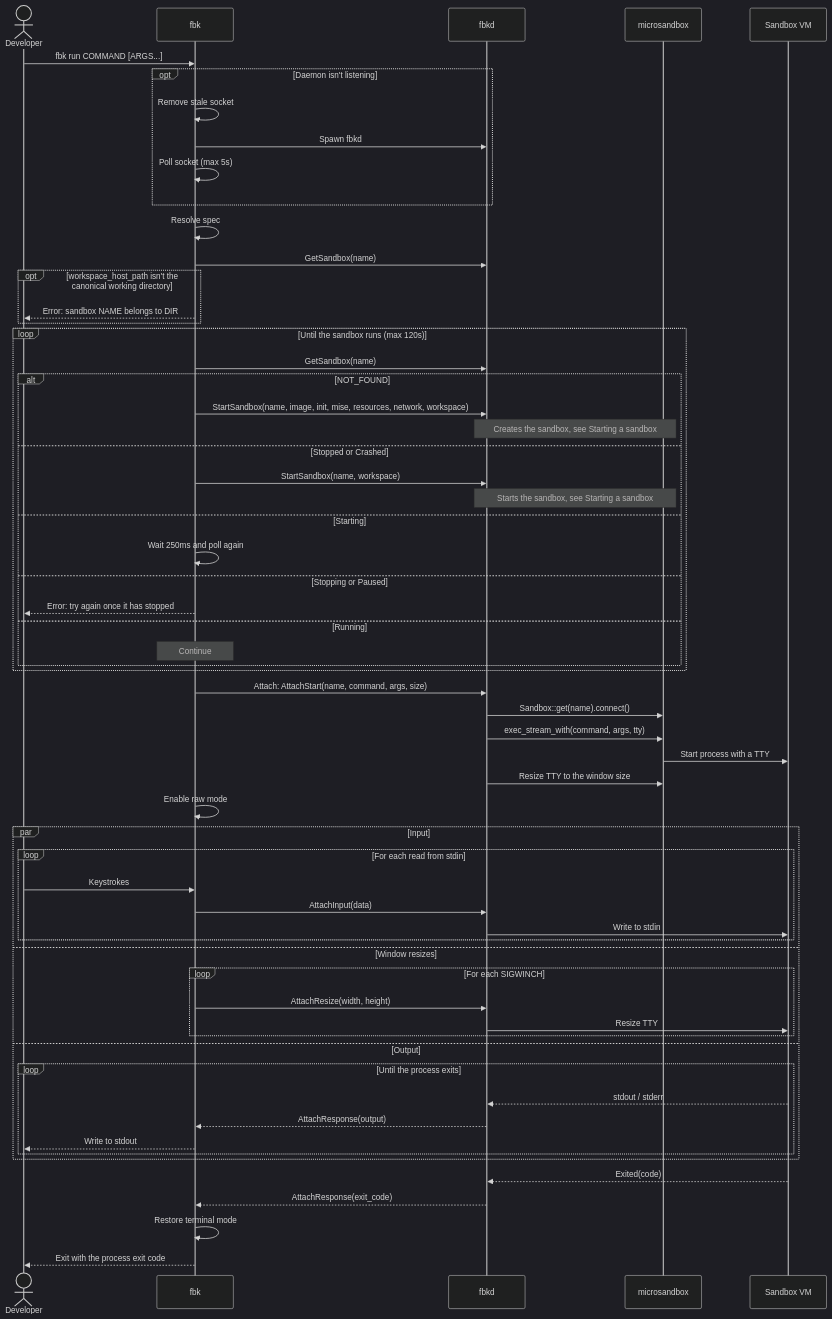
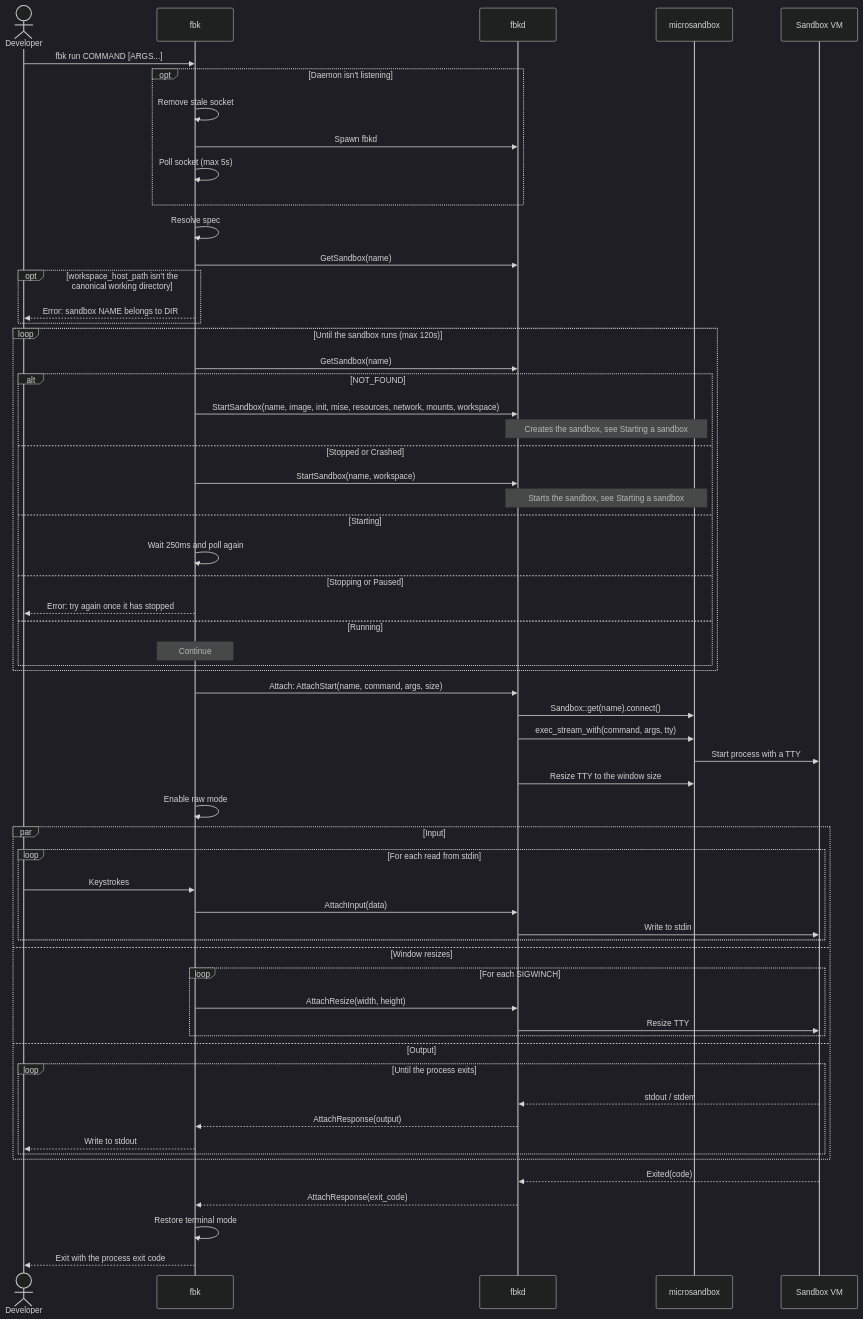
Before and after one commit to wmeints/anvil: the first of 6 diagrams in docs/architecture/06-runtime-view.md, drawn with Mermaid (dark theme). The commit also changed other lines of this file and 8 other files, not shown here.

````diff
--- a/docs/architecture/06-runtime-view.md
+++ b/docs/architecture/06-runtime-view.md
@@ -45,68 +45,68 @@
 ```mermaid
 sequenceDiagram
     actor Dev as Developer
     participant CLI as fbk
     participant D as fbkd
     participant MS as microsandbox
     participant VM as Sandbox VM
 
     Dev->>CLI: fbk run COMMAND [ARGS...]
     opt Daemon isn't listening
         CLI->>CLI: Remove stale socket
         CLI->>D: Spawn fbkd
         CLI->>CLI: Poll socket (max 5s)
     end
     CLI->>CLI: Resolve spec
     CLI->>D: GetSandbox(name)
     opt workspace_host_path isn't the canonical working directory
         CLI-->>Dev: Error: sandbox NAME belongs to DIR
     end
 
     loop Until the sandbox runs (max 120s)
         CLI->>D: GetSandbox(name)
         alt NOT_FOUND
-            CLI->>D: StartSandbox(name, image, init, mise, resources, network, workspace)
+            CLI->>D: StartSandbox(name, image, init, mise, resources, network, mounts, workspace)
             Note over D,MS: Creates the sandbox, see Starting a sandbox
         else Stopped or Crashed
             CLI->>D: StartSandbox(name, workspace)
             Note over D,MS: Starts the sandbox, see Starting a sandbox
         else Starting
             CLI->>CLI: Wait 250ms and poll again
         else Stopping or Paused
             CLI-->>Dev: Error: try again once it has stopped
         else Running
             Note over CLI: Continue
         end
     end
 
     CLI->>D: Attach: AttachStart(name, command, args, size)
     D->>MS: Sandbox::get(name).connect()
     D->>MS: exec_stream_with(command, args, tty)
     MS->>VM: Start process with a TTY
     D->>MS: Resize TTY to the window size
     CLI->>CLI: Enable raw mode
 
     par Input
         loop For each read from stdin
             Dev->>CLI: Keystrokes
             CLI->>D: AttachInput(data)
             D->>VM: Write to stdin
         end
     and Window resizes
         loop For each SIGWINCH
             CLI->>D: AttachResize(width, height)
             D->>VM: Resize TTY
         end
     and Output
         loop Until the process exits
             VM-->>D: stdout / stderr
             D-->>CLI: AttachResponse(output)
             CLI-->>Dev: Write to stdout
         end
     end
 
     VM-->>D: Exited(code)
     D-->>CLI: AttachResponse(exit_code)
     CLI->>CLI: Restore terminal mode
     CLI-->>Dev: Exit with the process exit code
 ```
````
